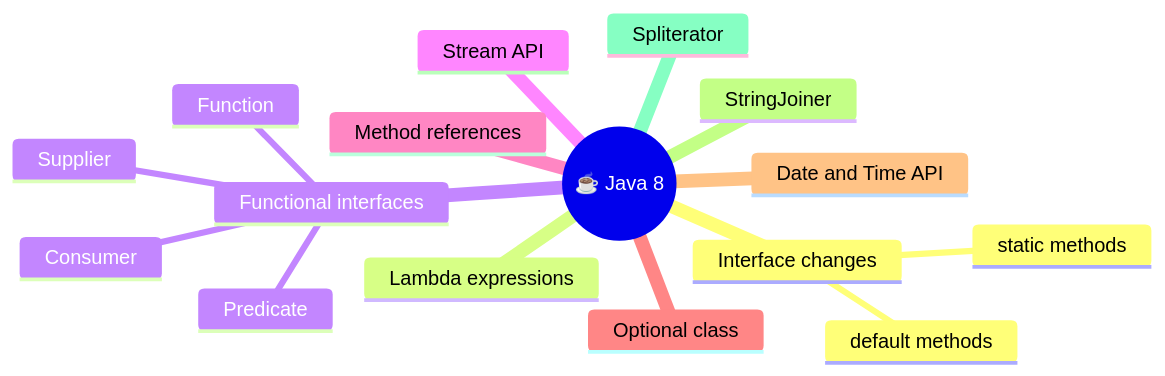
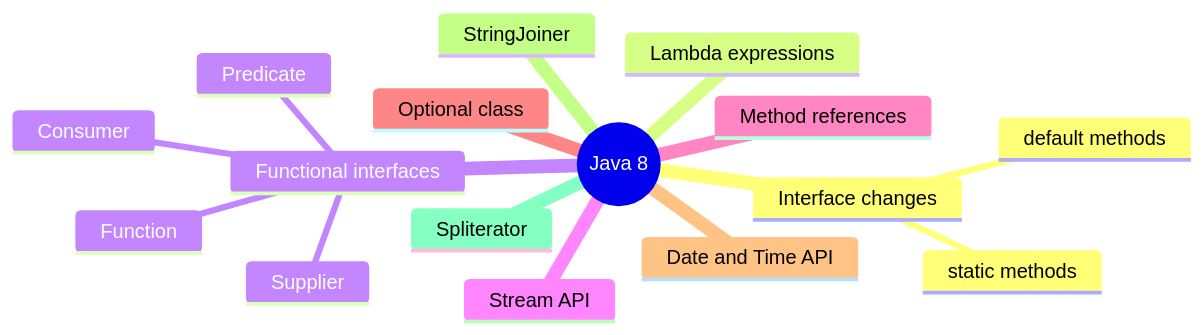
The diagram in src/Theory/12-Java-8-Features/01-Java-8-Introduction.md (kundankumarsharma56/Leaning-Java), drawn with Mermaid before and after one commit. The commit also changed other lines of this file and 84 other files, not shown here.

````diff
--- a/src/Theory/12-Java-8-Features/01-Java-8-Introduction.md
+++ b/src/Theory/12-Java-8-Features/01-Java-8-Introduction.md
@@ -27,19 +27,19 @@
 ```mermaid
 mindmap
-  root((☕ Java 8))
+  root(( Java 8))
     Interface changes
       default methods
       static methods
     Lambda expressions
     Functional interfaces
       Consumer
       Supplier
       Predicate
       Function
     Stream API
     Method references
     Optional class
     Date and Time API
     StringJoiner
     Spliterator
 ```
````
